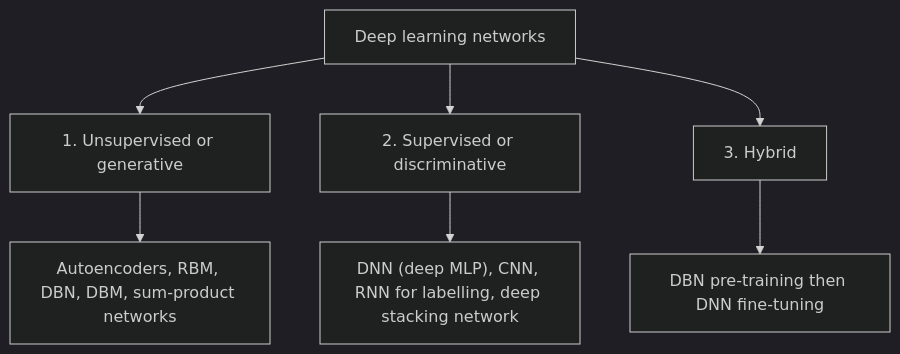
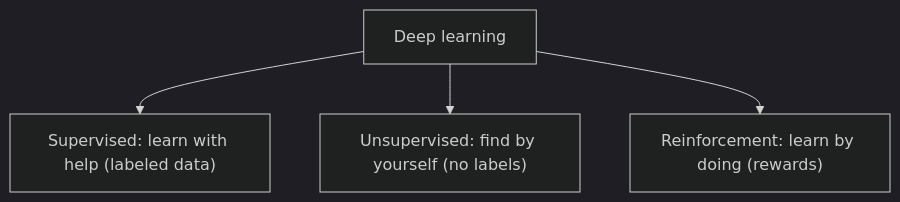
Before and after one commit to TrendySloth1001/sem-seven-notes: the first of 3 diagrams in content/deep-learning/notes/three-classes.mdx, drawn with Mermaid (dark theme). The commit also changed other lines of this file and 168 other files, not shown here.

````diff
--- a/content/deep-learning/notes/three-classes.mdx
+++ b/content/deep-learning/notes/three-classes.mdx
@@ -59,10 +21,7 @@
 ```mermaid
-%% caption: The three-way classification of deep networks (Deng and Yu, Ch. 3), with typical examples of each class.
+%% caption: The three classes of deep learning and the one-line idea of each.
 flowchart TD
-  DL["Deep learning networks"] --> G["1. Unsupervised or generative"]
-  DL --> S["2. Supervised or discriminative"]
-  DL --> H["3. Hybrid"]
-  G --> G1["Autoencoders, RBM, DBN, DBM, sum-product networks"]
-  S --> S1["DNN (deep MLP), CNN, RNN for labelling, deep stacking network"]
-  H --> H1["DBN pre-training then DNN fine-tuning"]
+  A["Deep learning"] --> B["Supervised: learn with help (labeled data)"]
+  A --> C["Unsupervised: find by yourself (no labels)"]
+  A --> D["Reinforcement: learn by doing (rewards)"]
 ```
````
